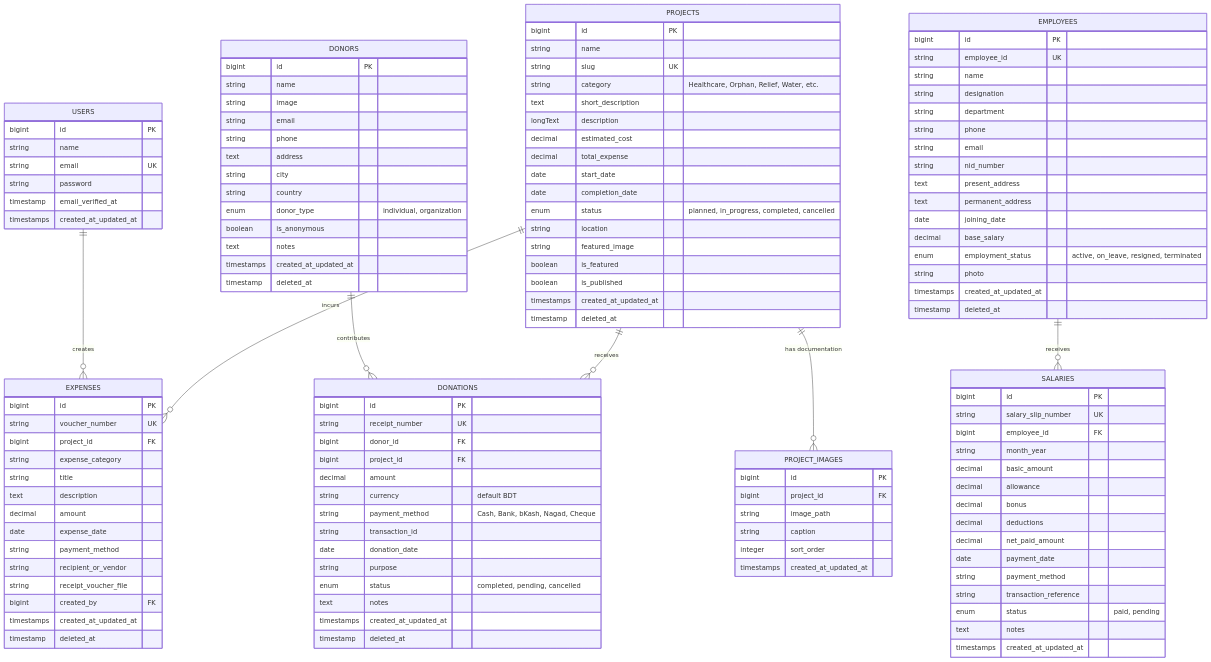
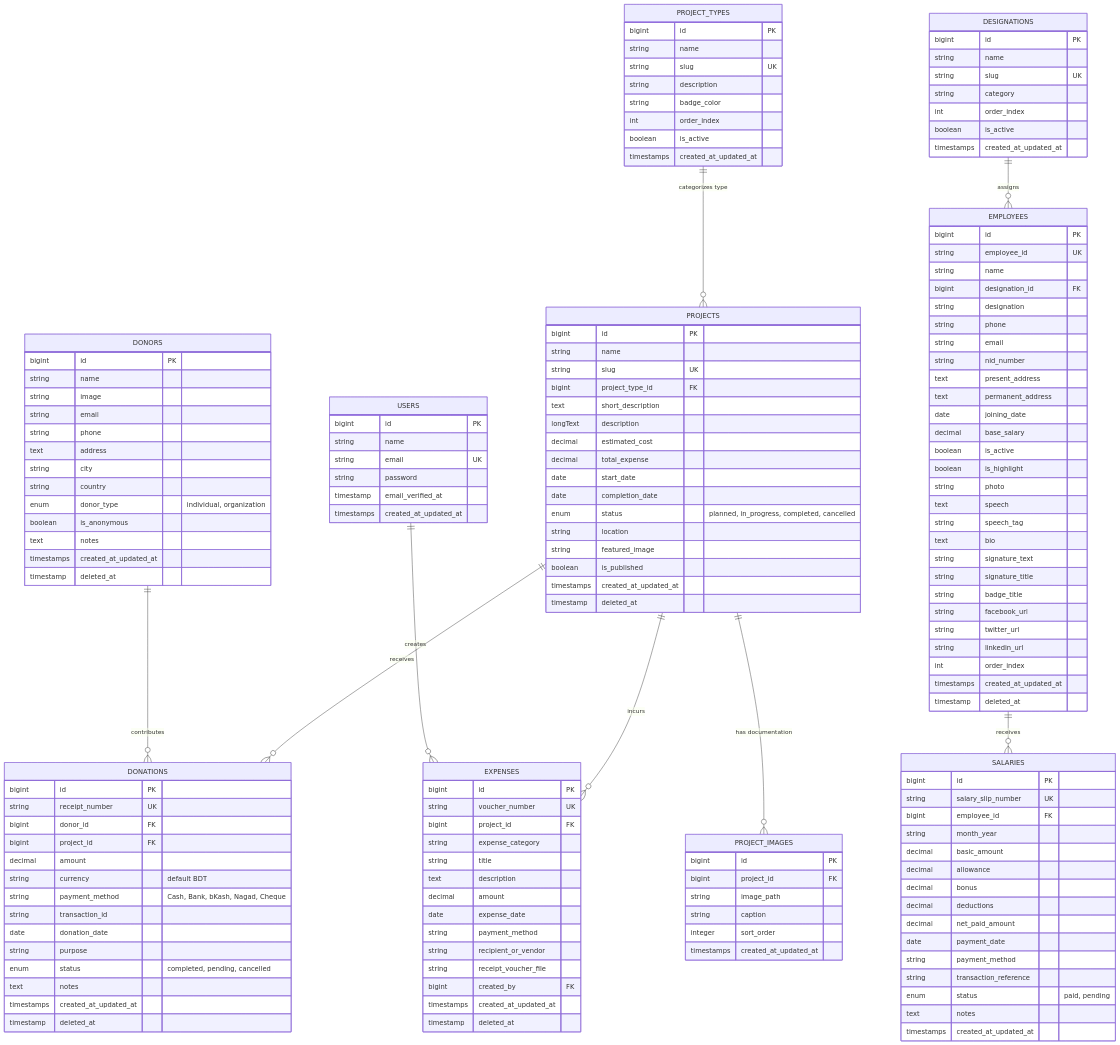
Before and after one commit to sazal-inceptia/shanti-nagar-foundation: the diagram in docs/database_design.md, drawn with Mermaid. The commit also changed other lines of this file and 59 other files, not shown here.

Commit message:
feat: restructure database schema with new project types, designations, and updated employee models

````diff
--- a/docs/database_design.md
+++ b/docs/database_design.md
@@ -10,11 +10,34 @@
 ```mermaid
 erDiagram
+    PROJECT_TYPES ||--o{ PROJECTS : "categorizes type"
     USERS ||--o{ EXPENSES : "creates"
     DONORS ||--o{ DONATIONS : "contributes"
     PROJECTS ||--o{ DONATIONS : "receives"
     PROJECTS ||--o{ EXPENSES : "incurs"
     PROJECTS ||--o{ PROJECT_IMAGES : "has documentation"
+    DESIGNATIONS ||--o{ EMPLOYEES : "assigns"
     EMPLOYEES ||--o{ SALARIES : "receives"
+
+    PROJECT_TYPES {
+        bigint id PK
+        string name
+        string slug UK
+        string description
+        string badge_color
+        int order_index
+        boolean is_active
+        timestamps created_at_updated_at
+    }
+
+    DESIGNATIONS {
+        bigint id PK
+        string name
+        string slug UK
+        string category
+        int order_index
+        boolean is_active
+        timestamps created_at_updated_at
+    }
 
     USERS {
         bigint id PK
@@ -45,7 +68,7 @@
         bigint id PK
         string name
         string slug UK
-        string category "Healthcare, Orphan, Relief, Water, etc."
+        bigint project_type_id FK
         text short_description
         longText description
         decimal estimated_cost
@@ -55,7 +78,6 @@
         enum status "planned, in_progress, completed, cancelled"
         string location
         string featured_image
-        boolean is_featured
         boolean is_published
         timestamps created_at_updated_at
         timestamp deleted_at
@@ -108,8 +130,8 @@
         bigint id PK
         string employee_id UK
         string name
+        bigint designation_id FK
         string designation
-        string department
         string phone
         string email
         string nid_number
@@ -117,8 +139,19 @@
         text permanent_address
         date joining_date
         decimal base_salary
-        enum employment_status "active, on_leave, resigned, terminated"
+        boolean is_active
+        boolean is_highlight
         string photo
+        text speech
+        string speech_tag
+        text bio
+        string signature_text
+        string signature_title
+        string badge_title
+        string facebook_url
+        string twitter_url
+        string linkedin_url
+        int order_index
         timestamps created_at_updated_at
         timestamp deleted_at
     }
````
